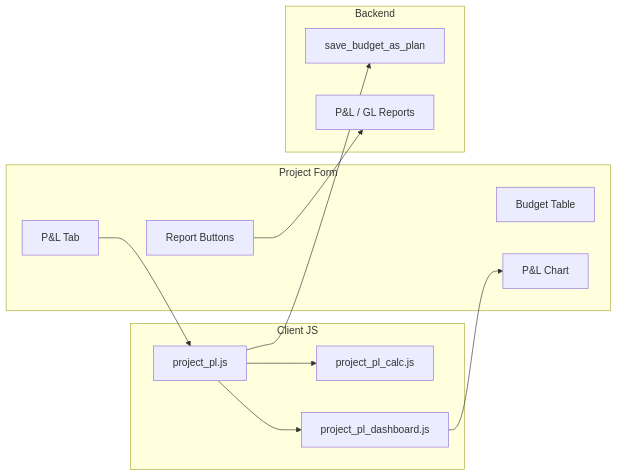
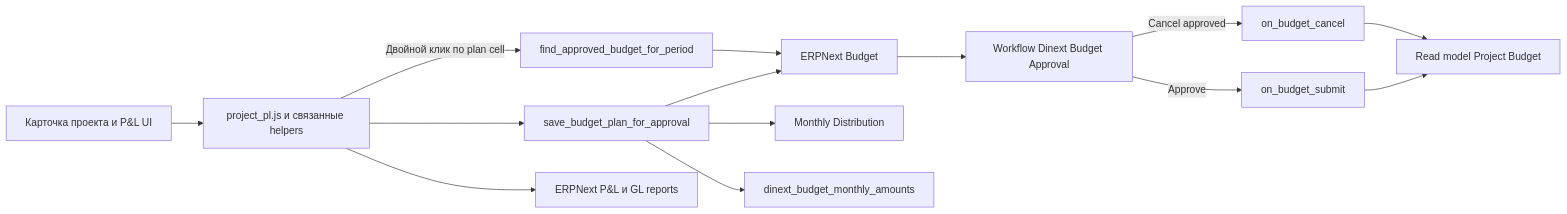
One commit to Dinext-pro/dinext-projects-pl changed the diagram in README.md. Above: the diagram before and after it, drawn with Mermaid. The commit also changed other lines of this file and 14 other files, not shown here.

First line of the commit message:
feat: Implement budget approval workflow for project P&L plans

````diff
--- a/README.md
+++ b/README.md
@@ -91,24 +226,16 @@
 ```mermaid
 flowchart LR
-  subgraph form [Project Form]
-    PLTab["P&L Tab"]
-    BudgetTable[Budget Table]
-    Chart[P&L Chart]
-    Buttons[Report Buttons]
-  end
-  subgraph js [Client JS]
-    project_pl[project_pl.js]
-    project_pl_calc[project_pl_calc.js]
-    project_pl_dashboard[project_pl_dashboard.js]
-  end
-  subgraph backend [Backend]
-    ServerScript[save_budget_as_plan]
-    QueryReport["P&amp;L / GL Reports"]
-  end
-  PLTab --> project_pl
-  project_pl --> project_pl_calc
-  project_pl --> project_pl_dashboard
-  project_pl --> ServerScript
-  Buttons --> QueryReport
-  project_pl_dashboard --> Chart
+  ProjectForm[Карточка проекта и P&L UI] --> ClientJS[project_pl.js и связанные helpers]
+  ClientJS --> ApprovalAPI[save_budget_plan_for_approval]
+  ApprovalAPI --> BudgetDoc[ERPNext Budget]
+  ApprovalAPI --> MonthlyDistribution[Monthly Distribution]
+  ApprovalAPI --> ExactMonthly[dinext_budget_monthly_amounts]
+  BudgetDoc --> Workflow[Workflow Dinext Budget Approval]
+  Workflow -->|Approve| SubmitHook[on_budget_submit]
+  Workflow -->|Cancel approved| CancelHook[on_budget_cancel]
+  SubmitHook --> ProjectBudget[Read model Project Budget]
+  CancelHook --> ProjectBudget
+  ClientJS -->|Двойной клик по plan cell| FindApproved[find_approved_budget_for_period]
+  FindApproved --> BudgetDoc
+  ClientJS --> Reports[ERPNext P&L и GL reports]
 ```
````
